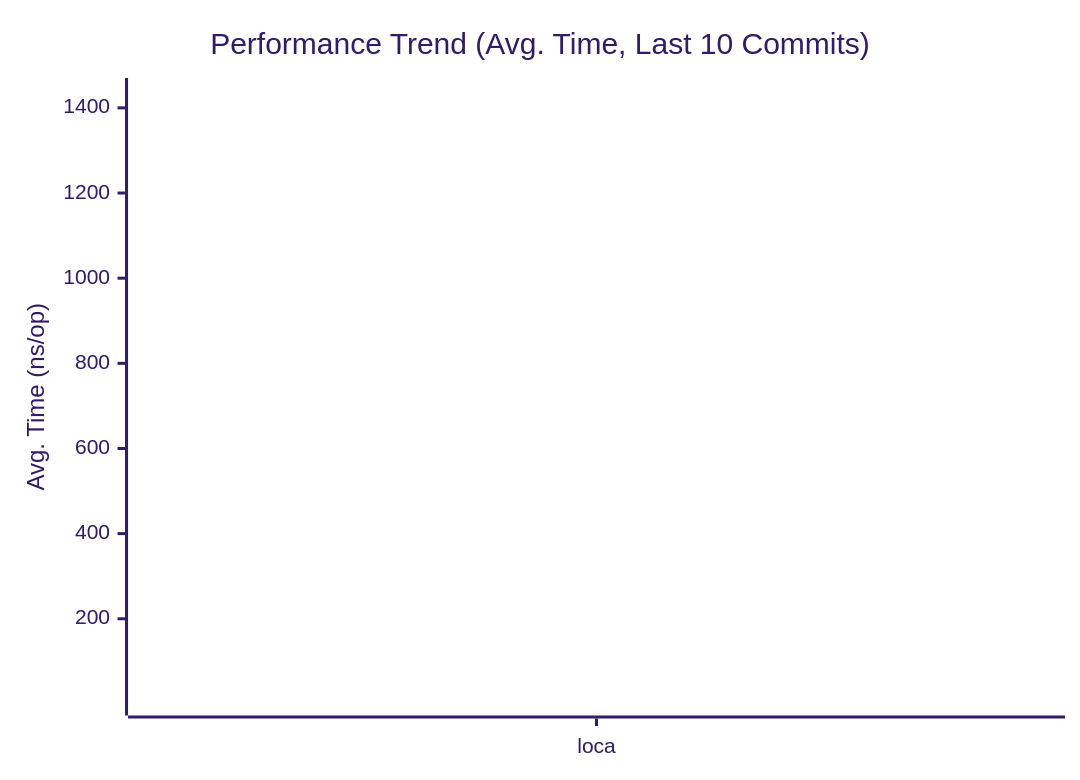
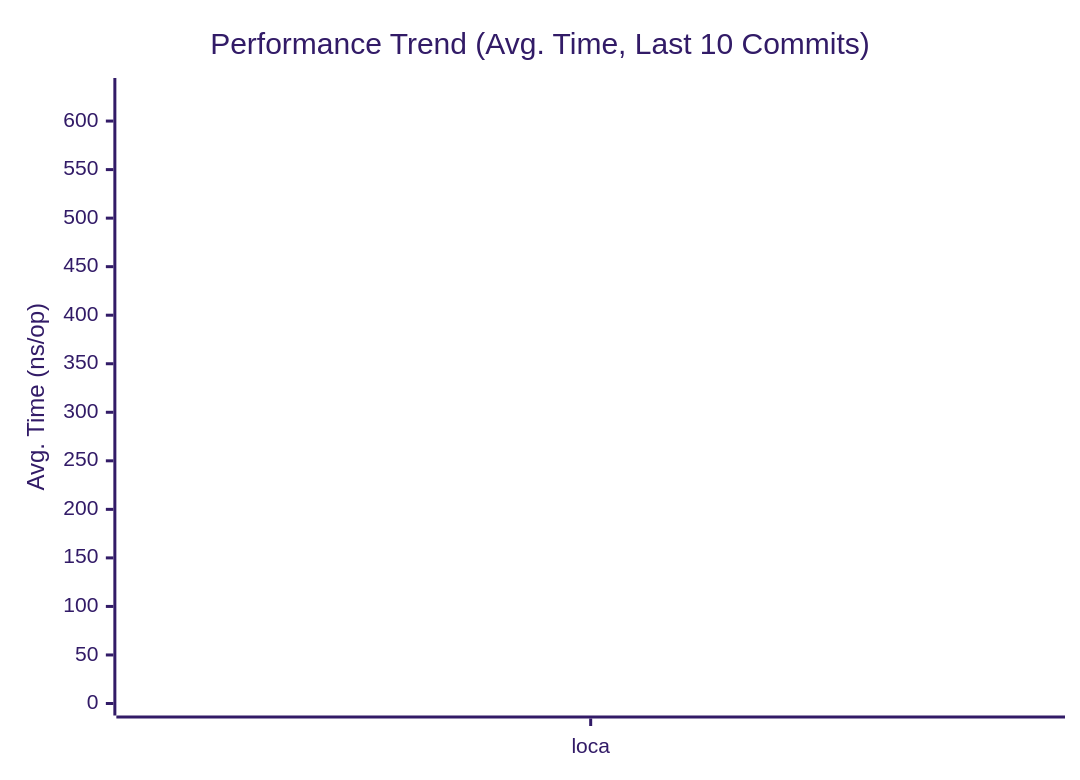
One commit to alsotoes/momo changed the first of 3 diagrams in docs/PERFORMANCE.md. Above: the diagram before and after it, drawn with Mermaid (forest theme). The commit also changed other lines of this file and 2 other files, not shown here.

````diff
--- a/docs/PERFORMANCE.md
+++ b/docs/PERFORMANCE.md
@@ -80,16 +80,16 @@
 ```mermaid
 xychart-beta
     title "Performance Trend (Avg. Time, Last 10 Commits)"
     x-axis "Commit"
     y-axis "Avg. Time (ns/op)"
     x-axis [loca]
-    line "CheckMetricsAndSwap" [14,7,6,6,7,7,6,8,6,11]
-    line "CrushOptimized" [618,264,255,245,263,280,255,293,317,357]
-    line "CrushOriginal" [831,362,367,368,359,367,362,401,371,438]
-    line "IndexDirectTracking" [1,0,0,0,0,0,0,0,0,0]
-    line "IndexSearch" [4,3,3,3,3,3,3,3,3,4]
-    line "LoadGlobalConfig" [1442,632,613,599,626,637,616,649,706,826]
-    line "PadString" [3,2,2,2,2,2,2,2,2,2]
+    line "CheckMetricsAndSwap" [7,6,6,7,7,6,8,6,11,11]
+    line "CrushOptimized" [264,255,245,263,280,255,293,317,357,362]
+    line "CrushOriginal" [362,367,368,359,367,362,401,371,438,495]
+    line "IndexDirectTracking" [0,0,0,0,0,0,0,0,0,0]
+    line "IndexSearch" [3,3,3,3,3,3,3,3,4,4]
+    line "LoadGlobalConfig" [632,613,599,626,637,616,649,706,826,900]
+    line "PadString" [2,2,2,2,2,2,2,2,2,3]
     line "ParseReplicationOrder_NoPrealloc" [350,349,357,354,345,225,229,165,232,234]
     line "ParseReplicationOrder_Prealloc" [229,231,237,234,229,108,107,80,110,109]
 ```
````
